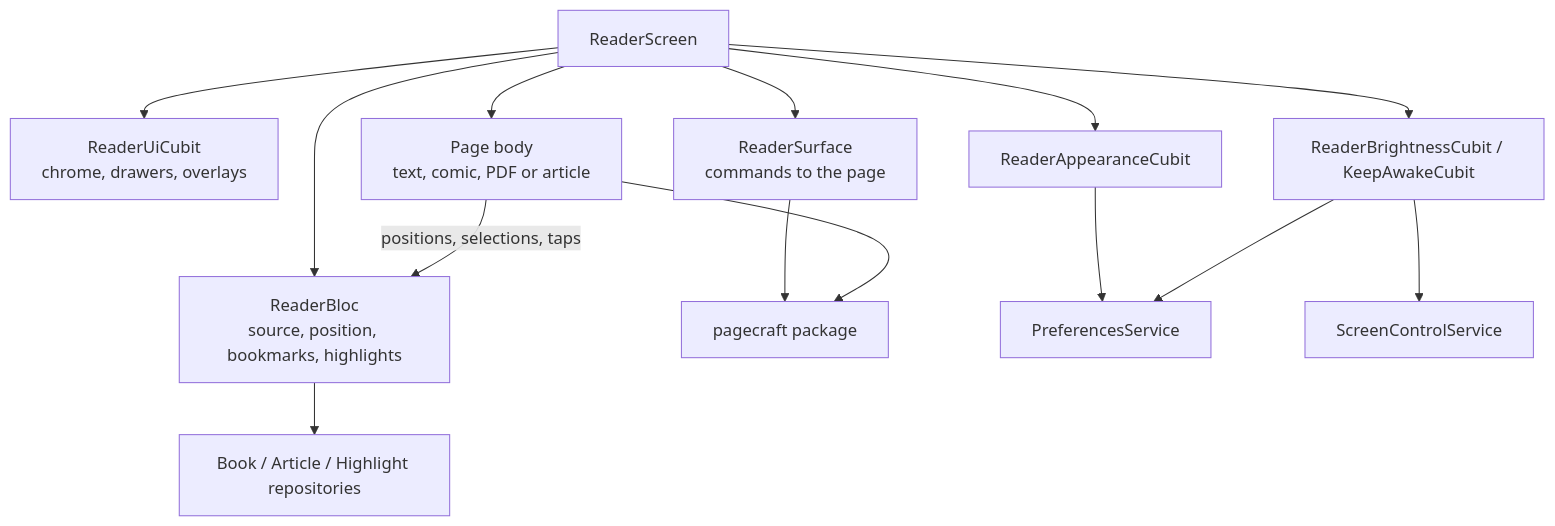
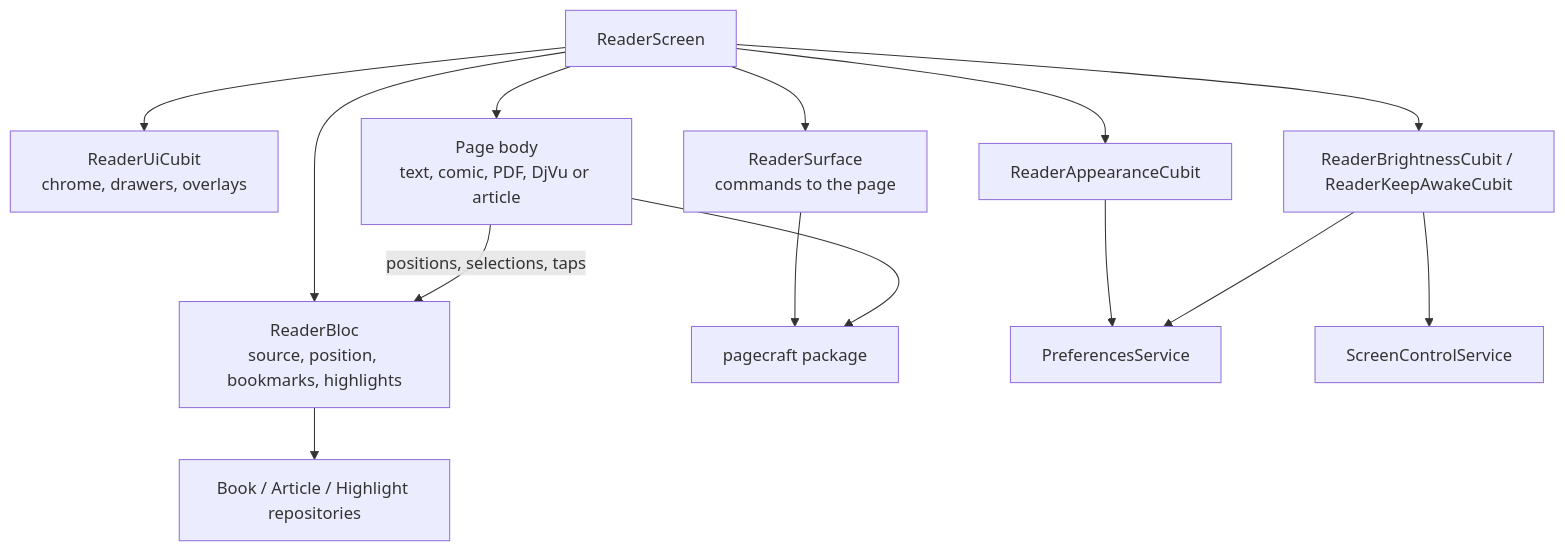
One commit to abra/readflex changed the fifth of 10 diagrams in C4_MODEL.md. Above: the diagram before and after it, drawn with Mermaid. The commit also changed other lines of this file and 25 other files, not shown here.

````diff
--- a/C4_MODEL.md
+++ b/C4_MODEL.md
@@ -164,28 +168,28 @@
 ```mermaid
 flowchart TB
   readerScreen["ReaderScreen"]
   readerBloc["ReaderBloc\nsource, position, bookmarks, highlights"]
   uiCubit["ReaderUiCubit\nchrome, drawers, overlays"]
   appearance["ReaderAppearanceCubit"]
-  brightness["ReaderBrightnessCubit / KeepAwakeCubit"]
-  pageBody["Page body\ntext, comic, PDF or article"]
+  brightness["ReaderBrightnessCubit / ReaderKeepAwakeCubit"]
+  pageBody["Page body\ntext, comic, PDF, DjVu or article"]
   surface["ReaderSurface\ncommands to the page"]
   pagecraft["pagecraft package"]
   repos["Book / Article / Highlight repositories"]
   prefs["PreferencesService"]
   screenControl["ScreenControlService"]
 
   readerScreen --> readerBloc
   readerScreen --> uiCubit
   readerScreen --> appearance
   readerScreen --> brightness
   readerScreen --> pageBody
   readerScreen --> surface
   surface --> pagecraft
   pageBody --> pagecraft
   pageBody -->|"positions, selections, taps"| readerBloc
   readerBloc --> repos
   appearance --> prefs
   brightness --> prefs
   brightness --> screenControl
 ```
````
